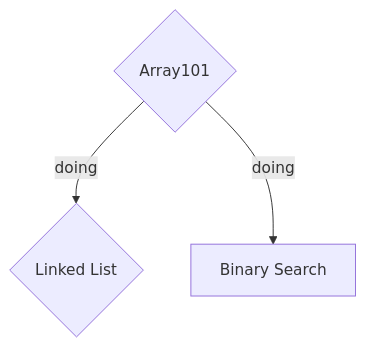
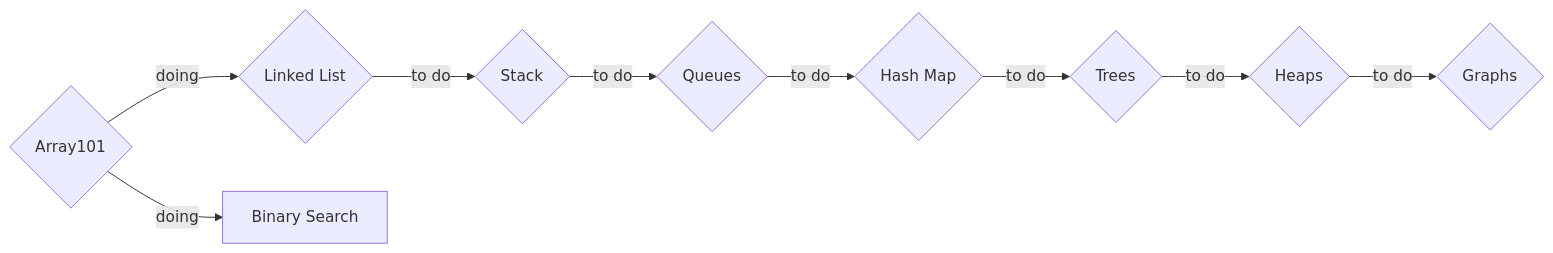
Before and after one commit to tonyngmk/leetcode: the diagram in README.md, drawn with Mermaid. The commit also changed other lines of this file, not shown here.

Commit message:
Update roadmap

````diff
--- a/README.md
+++ b/README.md
@@ -10,5 +16,11 @@
 ```mermaid
-    graph TD
-        ds_arr{Array101} -- doing--> ds_ll{Linked List}
-        ds_arr -- doing--> bs[Binary Search]
+graph LR
+    ds_arr{Array101} -- doing--> ds_ll{Linked List}
+    ds_arr -- doing--> bs[Binary Search]
+    ds_ll -- to do --> ds_stack{Stack}
+    ds_stack -- to do --> ds_queue{Queues}
+    ds_queue -- to do --> ds_hashmap{Hash Map}
+    ds_hashmap -- to do --> ds_trees{Trees}
+    ds_trees -- to do --> ds_heap{Heaps}
+    ds_heap -- to do --> gr{Graphs}
 ```
````
